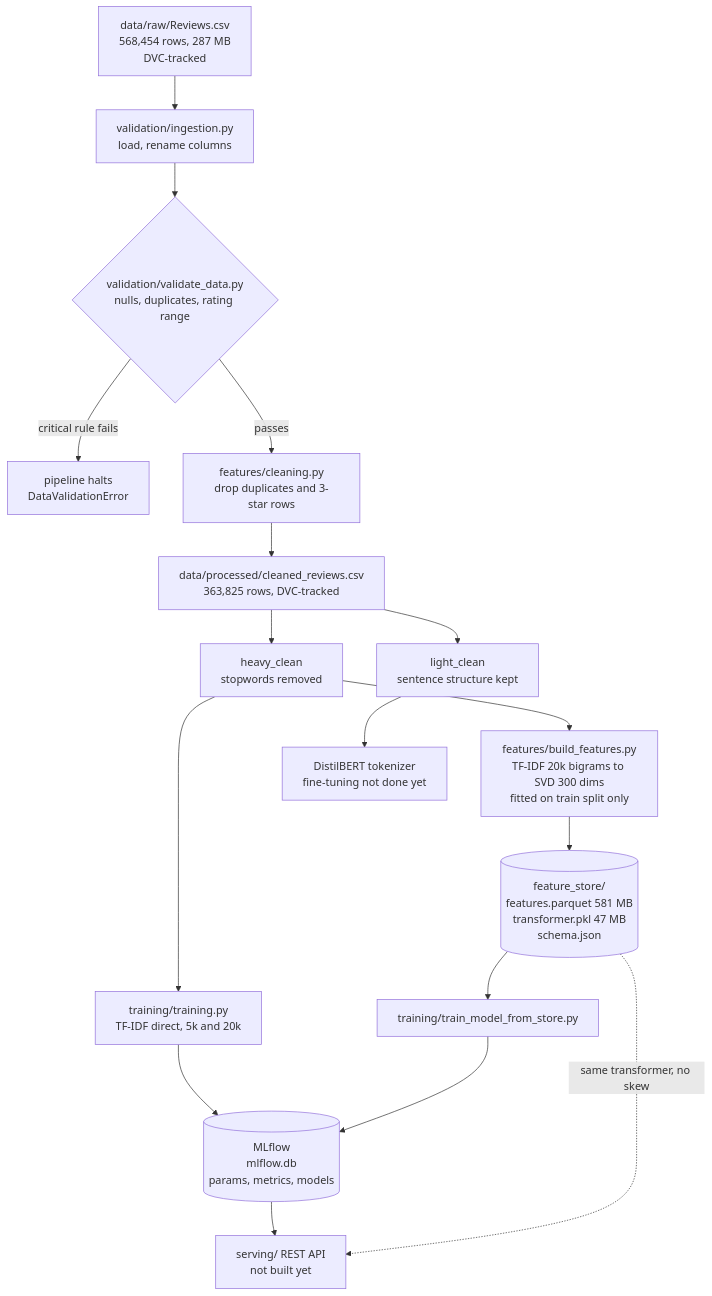
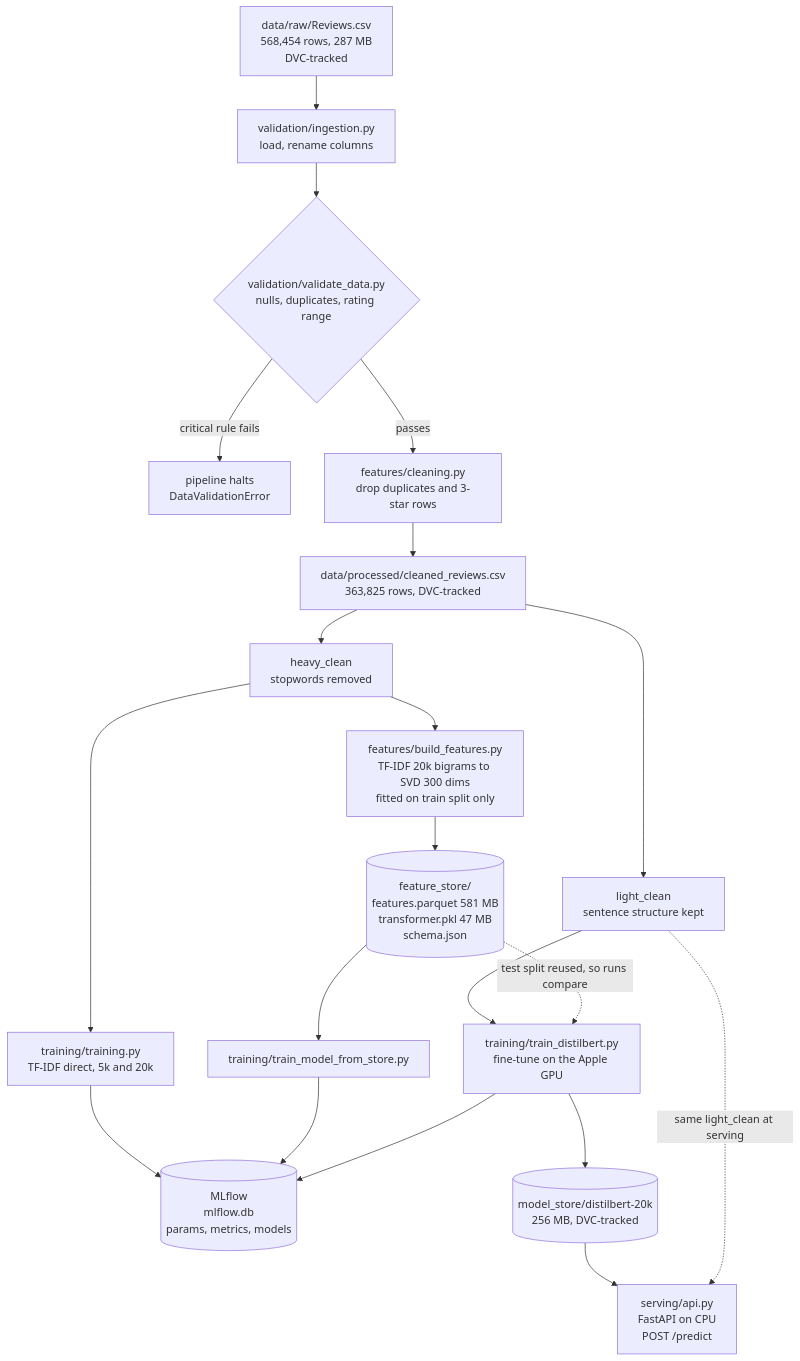
One commit to 2025paml556-bhoomika/sentiment-classifier changed the diagram in README.md. Above: the diagram before and after it, drawn with Mermaid. The commit also changed other lines of this file and 3 other files, not shown here.

````diff
--- a/README.md
+++ b/README.md
@@ -20,27 +21,30 @@
 ```mermaid
 flowchart TD
     RAW["data/raw/Reviews.csv<br/>568,454 rows, 287 MB<br/>DVC-tracked"]
 
     RAW --> ING["validation/ingestion.py<br/>load, rename columns"]
     ING --> VAL{"validation/validate_data.py<br/>nulls, duplicates, rating range"}
     VAL -->|critical rule fails| HALT["pipeline halts<br/>DataValidationError"]
     VAL -->|passes| CLEAN["features/cleaning.py<br/>drop duplicates and 3-star rows"]
 
     CLEAN --> CSV["data/processed/cleaned_reviews.csv<br/>363,825 rows, DVC-tracked"]
 
     CSV --> HEAVY["heavy_clean<br/>stopwords removed"]
     CSV --> LIGHT["light_clean<br/>sentence structure kept"]
 
     HEAVY --> STORE["features/build_features.py<br/>TF-IDF 20k bigrams to SVD 300 dims<br/>fitted on train split only"]
     HEAVY --> BASE["training/training.py<br/>TF-IDF direct, 5k and 20k"]
-    LIGHT --> BERT["DistilBERT tokenizer<br/>fine-tuning not done yet"]
+    LIGHT --> BERT["training/train_distilbert.py<br/>fine-tune on the Apple GPU"]
 
     STORE --> FS[("feature_store/<br/>features.parquet 581 MB<br/>transformer.pkl 47 MB<br/>schema.json")]
 
     FS --> TRAIN2["training/train_model_from_store.py"]
     BASE --> MLF[("MLflow<br/>mlflow.db<br/>params, metrics, models")]
     TRAIN2 --> MLF
+    BERT --> MLF
+    FS -.->|test split reused, so runs compare| BERT
 
-    MLF --> SERVE["serving/ REST API<br/>not built yet"]
-    FS -.->|same transformer, no skew| SERVE
+    BERT --> MS[("model_store/distilbert-20k<br/>256 MB, DVC-tracked")]
+    MS --> SERVE["serving/api.py<br/>FastAPI on CPU<br/>POST /predict"]
+    LIGHT -.->|same light_clean at serving| SERVE
 ```
````
